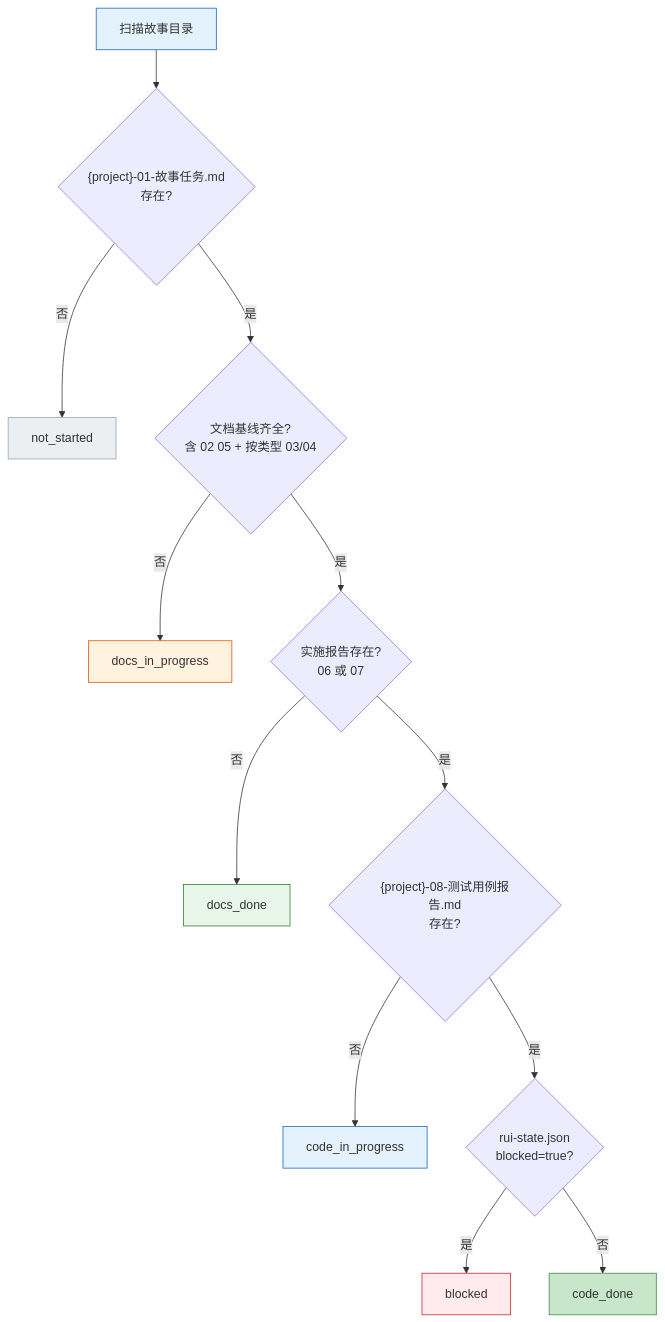
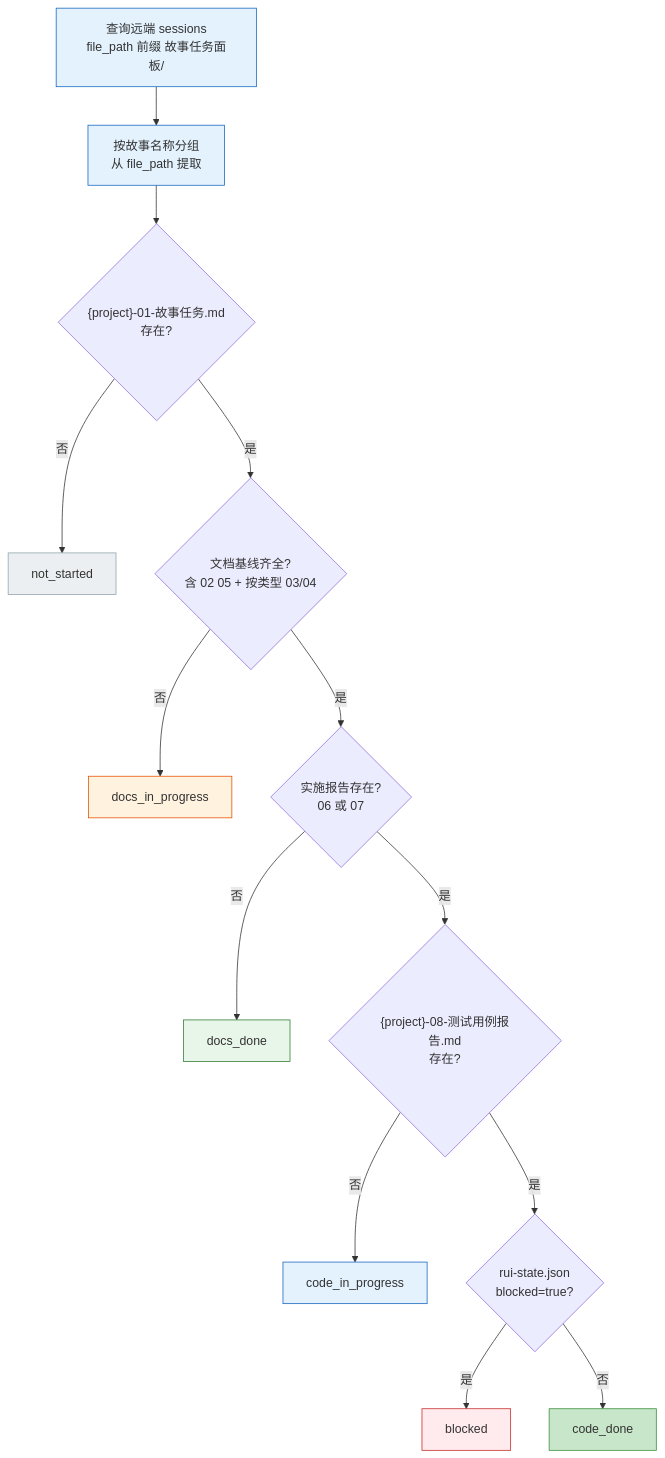
Before and after one commit to effiy/YrY: the fourth of 11 diagrams in skills/rui-story/SKILL.md, drawn with Mermaid. The commit also changed other lines of this file and 14 other files, not shown here.

````diff
--- a/skills/rui-story/SKILL.md
+++ b/skills/rui-story/SKILL.md
@@ -63,22 +101,23 @@
 ```mermaid
 flowchart TD
-    START["扫描故事目录"]:::s --> CHK01{"{project}-01-故事任务.md<br/>存在?"}
+    START["查询远端 sessions<br/>file_path 前缀 故事任务面板/"]:::s --> GROUP["按故事名称分组<br/>从 file_path 提取"]:::s
+    GROUP --> CHK01{"{project}-01-故事任务.md<br/>存在?"}
     CHK01 -->|"否"| NS["not_started"]:::s0
     CHK01 -->|"是"| CHKDOC{"文档基线齐全?<br/>含 02 05 + 按类型 03/04"}
     CHKDOC -->|"否"| DIP["docs_in_progress"]:::s1
     CHKDOC -->|"是"| CHKIMP{"实施报告存在?<br/>06 或 07"}
     CHKIMP -->|"否"| DD["docs_done"]:::s2
     CHKIMP -->|"是"| CHKVER{"{project}-08-测试用例报告.md<br/>存在?"}
     CHKVER -->|"否"| CIP["code_in_progress"]:::s3
     CHKVER -->|"是"| CHKBLK{"rui-state.json<br/>blocked=true?"}
     CHKBLK -->|"是"| BLK["blocked"]:::s5
     CHKBLK -->|"否"| CD["code_done"]:::s4
 
     classDef s fill:#e3f2fd,stroke:#1565c0;
     classDef s0 fill:#eceff1,stroke:#90a4ae;
     classDef s1 fill:#fff3e0,stroke:#e65100;
     classDef s2 fill:#e8f5e9,stroke:#2e7d32;
     classDef s3 fill:#e3f2fd,stroke:#1565c0;
     classDef s4 fill:#c8e6c9,stroke:#388e3c;
     classDef s5 fill:#ffebee,stroke:#c62828;
 ```
````
